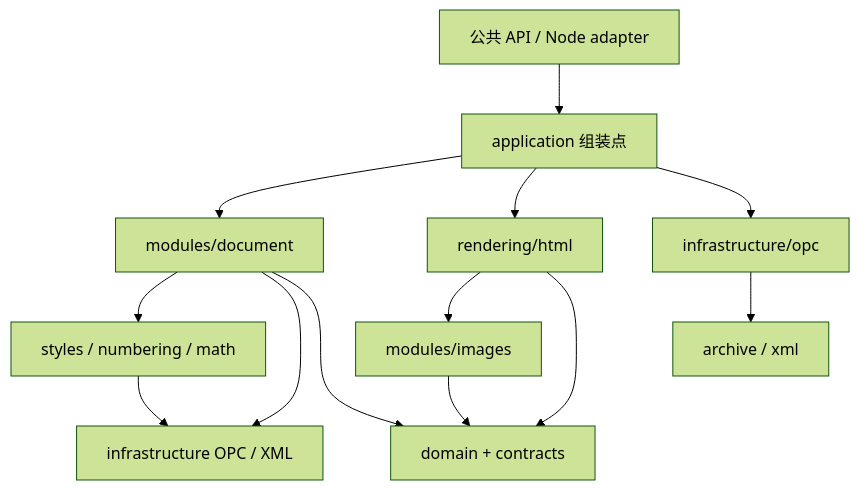
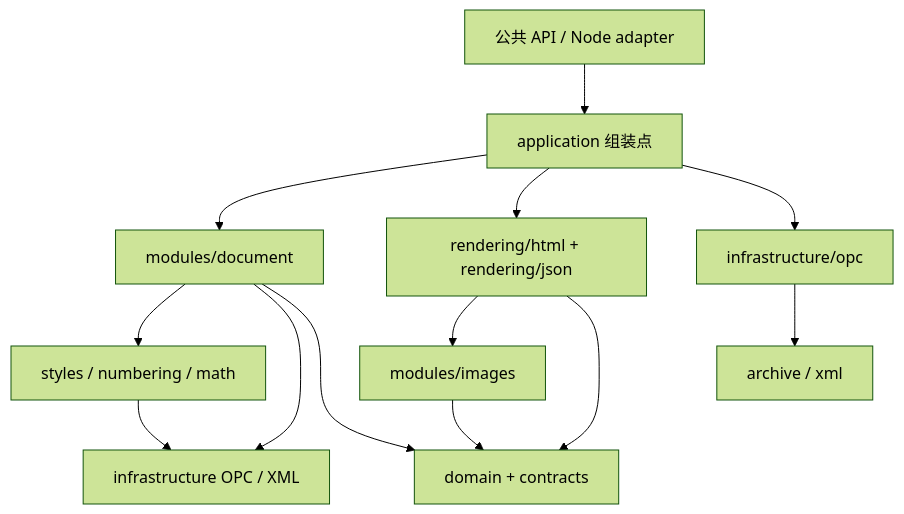
One commit to lytdev/docx-converter changed the diagram in docs/architecture.md. Above: the diagram before and after it, drawn with Mermaid (forest theme). The commit also changed other lines of this file and 33 other files, not shown here.

Commit message:
优化word原生折线图转图片的处理

````diff
--- a/docs/architecture.md
+++ b/docs/architecture.md
@@ -70,15 +72,15 @@
 ```mermaid
 flowchart TD
   API[公共 API / Node adapter] --> App[application 组装点]
   App --> Parser[modules/document]
-  App --> Renderer[rendering/html]
+  App --> Renderer[rendering/html + rendering/json]
   App --> Package[infrastructure/opc]
   Parser --> Features[styles / numbering / math]
   Parser --> Infra[infrastructure OPC / XML]
   Features --> Infra
   Renderer --> Images[modules/images]
   Parser --> Model[domain + contracts]
   Renderer --> Model
   Images --> Model
   Package --> Archive[archive / xml]
 ```
````
